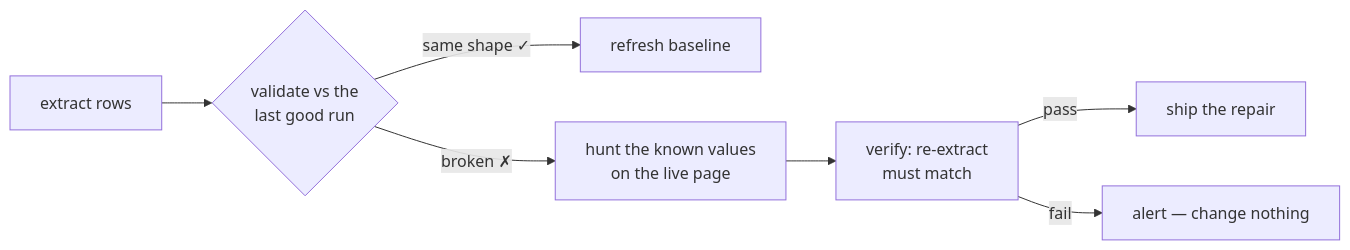
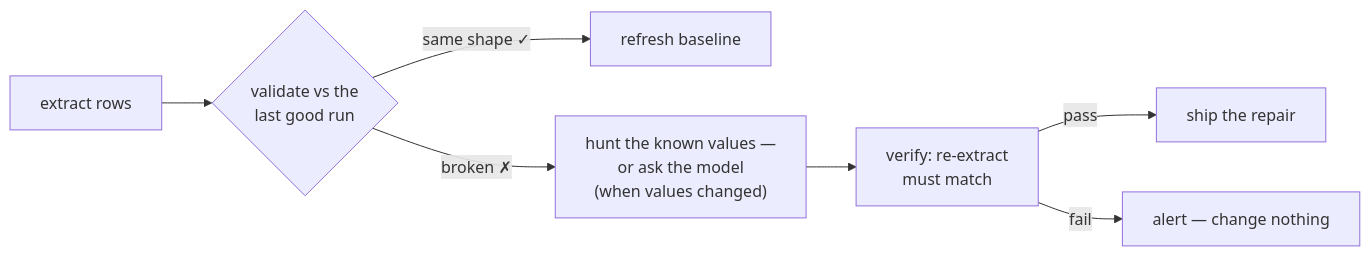
One commit to Swastikbhat-lab/scrape-heal changed the diagram in README.md. Above: the diagram before and after it, drawn with Mermaid. The commit also changed other lines of this file and 12 other files, not shown here.

````diff
--- a/README.md
+++ b/README.md
@@ -24,9 +24,9 @@
 ```mermaid
 flowchart LR
     A["extract rows"] --> B{"validate vs the<br/>last good run"}
     B -->|"same shape ✓"| C["refresh baseline"]
-    B -->|"broken ✗"| D["hunt the known values<br/>on the live page"]
+    B -->|"broken ✗"| D["hunt the known values —<br/>or ask the model<br/>(when values changed)"]
     D --> E["verify: re-extract<br/>must match"]
     E -->|"pass"| F[" ship the repair"]
     E -->|"fail"| G[" alert — change nothing"]
 ```
````
